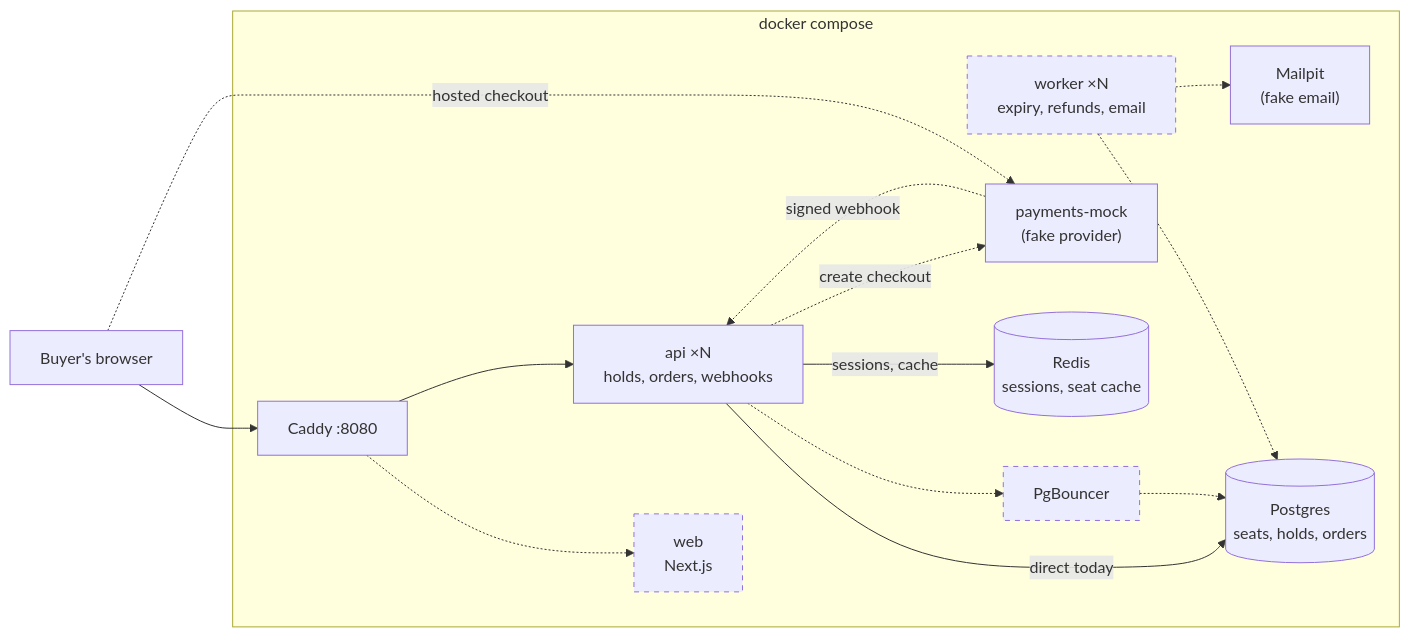
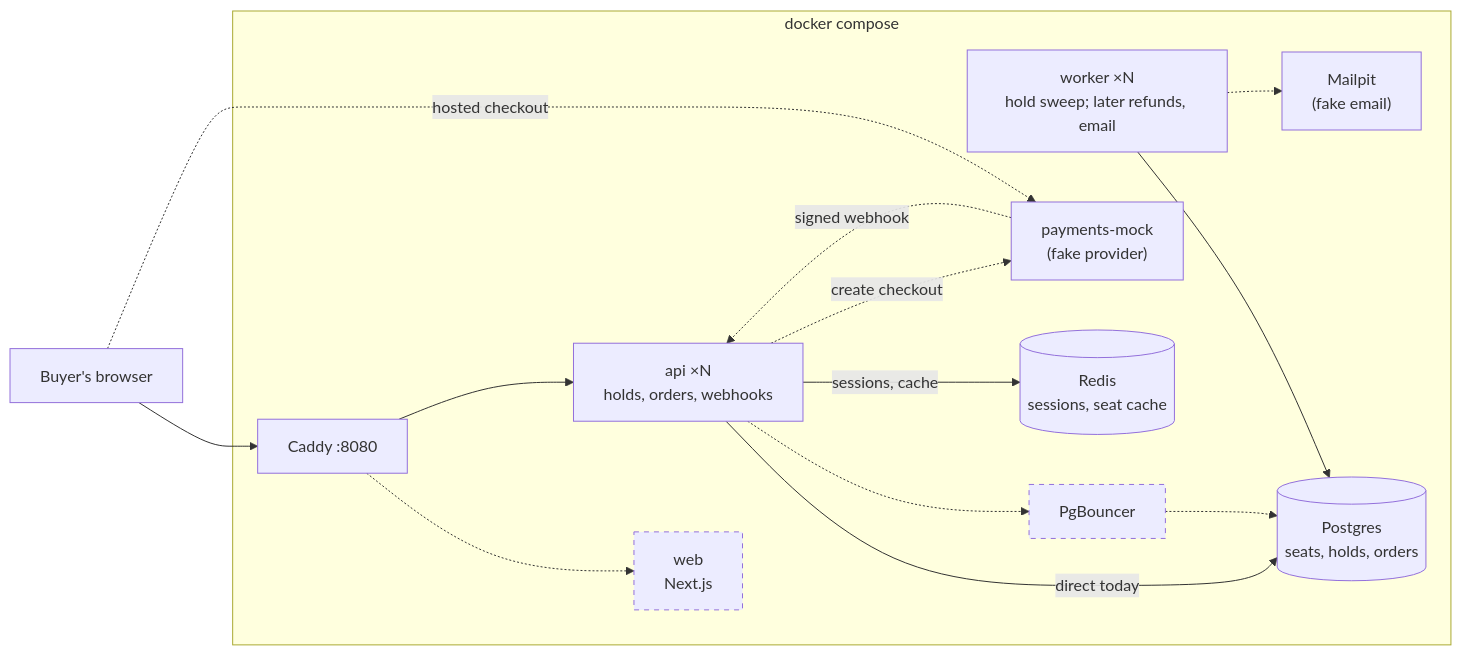
The diagram in README.md (gonzalo-gigena/ticket-booking), drawn with Mermaid before and after one commit. The commit also changed other lines of this file and 11 other files, not shown here.

````diff
--- a/README.md
+++ b/README.md
@@ -65,29 +68,29 @@
 ```mermaid
 flowchart LR
   buyer["Buyer's browser"]
   subgraph stack["docker compose"]
     caddy["Caddy :8080"]
     web["web<br/>Next.js"]
     api["api ×N<br/>holds, orders, webhooks"]
-    worker["worker ×N<br/>expiry, refunds, email"]
+    worker["worker ×N<br/>hold sweep; later refunds, email"]
     redis[("Redis<br/>sessions, seat cache")]
     bouncer["PgBouncer"]
     db[("Postgres<br/>seats, holds, orders")]
     pay["payments-mock<br/>(fake provider)"]
     mail["Mailpit<br/>(fake email)"]
   end
   buyer --> caddy
   buyer -.->|"hosted checkout"| pay
   caddy -.-> web
   caddy --> api
   api -->|"direct today"| db
   api -.-> bouncer
   bouncer -.-> db
   api -->|"sessions, cache"| redis
   api -.->|"create checkout"| pay
   pay -.->|"signed webhook"| api
-  worker -.-> db
+  worker --> db
   worker -.-> mail
-  class web,worker,bouncer planned
+  class web,bouncer planned
   classDef planned stroke-dasharray: 5 5
 ```
````
